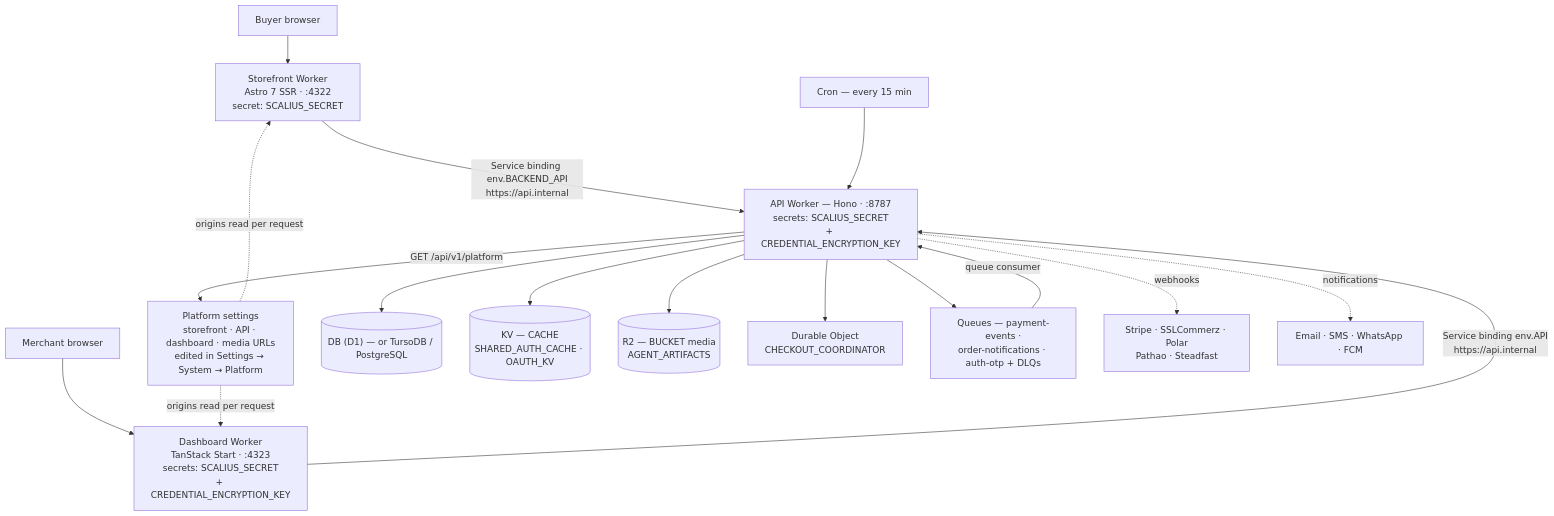
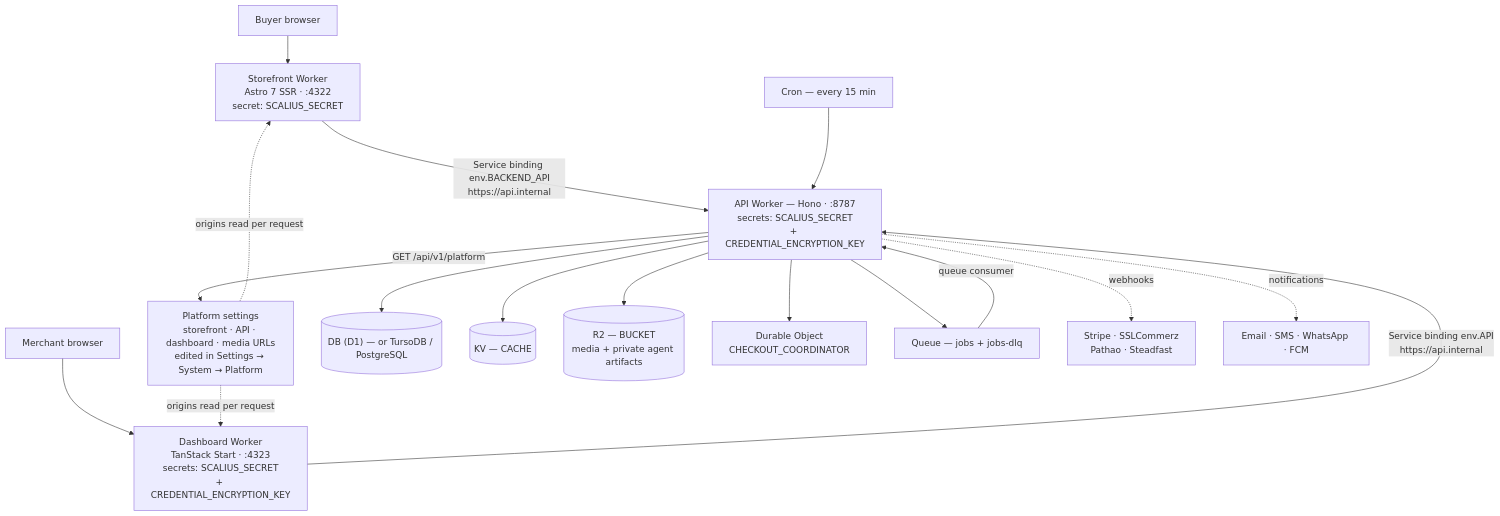
The diagram in README.md (scaliuslabs/scalius-commerce-lite), drawn with Mermaid before and after one commit. The commit also changed other lines of this file and 571 other files, not shown here.

````diff
--- a/README.md
+++ b/README.md
@@ -82,25 +82,25 @@
 ```mermaid
 flowchart TB
     Buyer["Buyer browser"] --> SF["Storefront Worker<br/>Astro 7 SSR · :4322<br/>secret: SCALIUS_SECRET"]
     Merchant["Merchant browser"] --> AD["Dashboard Worker<br/>TanStack Start · :4323<br/>secrets: SCALIUS_SECRET<br/>+ CREDENTIAL_ENCRYPTION_KEY"]
 
     SF -->|"Service binding env.BACKEND_API<br/>https://api.internal"| API
     AD -->|"Service binding env.API<br/>https://api.internal"| API
 
     API["API Worker — Hono · :8787<br/>secrets: SCALIUS_SECRET<br/>+ CREDENTIAL_ENCRYPTION_KEY"]
 
     API -->|"GET /api/v1/platform"| PLAT["Platform settings<br/>storefront · API · dashboard · media URLs<br/>edited in Settings → System → Platform"]
     PLAT -. "origins read per request" .-> SF
     PLAT -. "origins read per request" .-> AD
 
     API --> DB[("DB (D1) — or TursoDB / PostgreSQL")]
-    API --> KV[("KV — CACHE<br/>SHARED_AUTH_CACHE · OAUTH_KV")]
-    API --> R2[("R2 — BUCKET media<br/>AGENT_ARTIFACTS")]
+    API --> KV[("KV — CACHE")]
+    API --> R2[("R2 — BUCKET<br/>media + private agent artifacts")]
     API --> CHECKOUTDO["Durable Object<br/>CHECKOUT_COORDINATOR"]
-    API --> Q["Queues — payment-events ·<br/>order-notifications · auth-otp + DLQs"]
+    API --> Q["Queue — jobs + jobs-dlq"]
     Q -->|"queue consumer"| API
     CRON["Cron — every 15 min"] --> API
 
-    API -.->|"webhooks"| EXT["Stripe · SSLCommerz · Polar<br/>Pathao · Steadfast"]
+    API -.->|"webhooks"| EXT["Stripe · SSLCommerz<br/>Pathao · Steadfast"]
     API -.->|"notifications"| NOTIF["Email · SMS · WhatsApp · FCM"]
 ```
````
